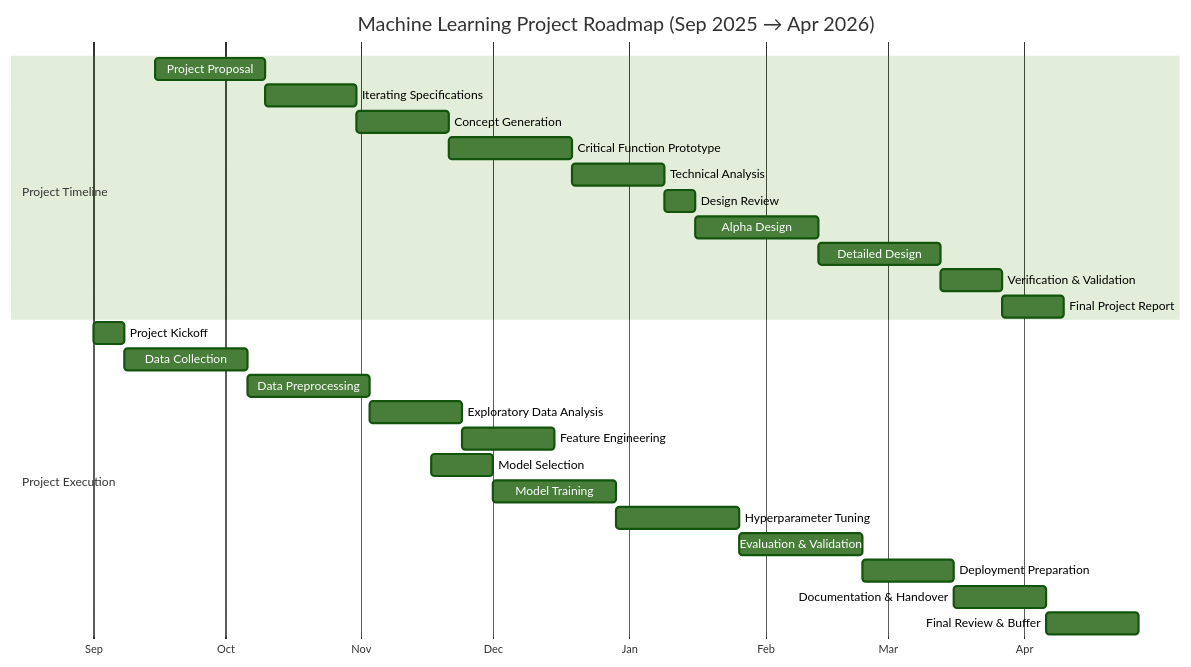
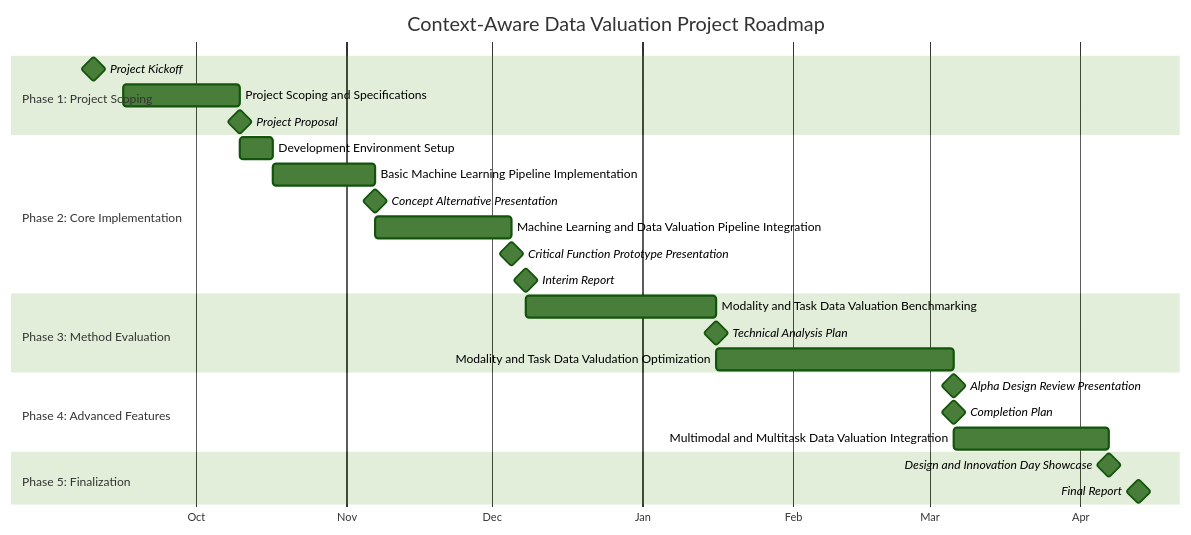
One commit to rsingla92/OpenMedImgDataVal changed the diagram in docs/ProjectRoadmap.md. Above: the diagram before and after it, drawn with Mermaid (forest theme). The commit also changed other lines of this file, not shown here.

Commit message:
chore(docs): simplify gantt chart

````diff
--- a/docs/ProjectRoadmap.md
+++ b/docs/ProjectRoadmap.md
@@ -6,33 +5,33 @@
 ```mermaid
 gantt
-    title Machine Learning Project Roadmap (Sep 2025 → Apr 2026)
+    title Context-Aware Data Valuation Project Roadmap
     dateFormat  MM-DD-YYYY
     axisFormat  %b
-    todayMarker off
 
-    section Project Timeline
-    Project Proposal                :proposal,    09-15-2025, 10-10-2025
-    Iterating Specifications        :specs,       10-10-2025, 3w
-    Concept Generation              :concept,     after specs, 3w
-    Critical Function Prototype     :cfp,         after concept, 4w
-    Technical Analysis              :tech,        after cfp, 3w
-    Design Review                   :review,      after tech, 1w
-    Alpha Design                    :alpha,       after review, 4w
-    Detailed Design                 :detailed,    after alpha, 4w
-    Verification & Validation       :vnv,         after detailed, 2w
-    Final Project Report            :report,      after vnv, 2w
+    section Phase 1: Project Scoping
+    Project Kickoff                             :milestone, m1, 09-10-2025, 0d
+    Project Scoping and Specifications          :a1, 09-16-2025, 10-10-2025
+    Project Proposal                            :milestone, m2, 10-10-2025, 0d
 
-    section Project Execution
-    Project Kickoff                 :kickoff,     09-01-2025, 1w
-    Data Collection                 :data,        09-08-2025, 4w
-    Data Preprocessing              :prep,        after data, 4w
-    Exploratory Data Analysis       :eda,         after prep, 3w
-    Feature Engineering             :fe,          after eda, 3w
-    Model Selection                 :select,      11-17-2025, 2w
-    Model Training                  :train,       12-01-2025, 4w
-    Hyperparameter Tuning           :tune,        12-29-2025, 4w
-    Evaluation & Validation         :eval,        01-26-2026, 4w
-    Deployment Preparation          :deployprep,  02-23-2026, 3w
-    Documentation & Handover        :docs,        03-16-2026, 3w
-    Final Review & Buffer           :reviewbuf,   04-06-2026, 3w
+    section Phase 2: Core Implementation
+    Development Environment Setup                               :b1, 10-10-2025, 10-17-2025
+    Basic Machine Learning Pipeline Implementation              :b2, 10-17-2025, 11-07-2025
+    Concept Alternative Presentation                            :milestone, m3, 11-07-2025, 0d
+    Machine Learning and Data Valuation Pipeline Integration    :b3, 11-07-2025, 12-05-2025
+    Critical Function Prototype Presentation                    :milestone, m4, 12-5-2025, 0d
+    Interim Report                                              :milestone, m5, 12-8-2025, 0d
+
+    section Phase 3: Method Evaluation
+    Modality and Task Data Valuation Benchmarking      :c1, 12-08-2025, 01-16-2026
+    Technical Analysis Plan                             :milestone, m6, 01-16-2026, 0d
+    Modality and Task Data Valudation Optimization      :c2, 01-16-2026, 03-06-2026
+
+    section Phase 4: Advanced Features
+    Alpha Design Review Presentation    :milestone, m7, 03-06-2026, 0d
+    Completion Plan                     :milestone, m8, 03-06-2026, 0d
+    Multimodal and Multitask Data Valuation Integration                    :d1, 03-06-2026, 04-07-2026
+
+    section Phase 5: Finalization
+    Design and Innovation Day Showcase      :milestone, m9, 04-07-2026, 0d
+    Final Report                            :milestone, m10, 04-13-2026, 0d
 ```
````
